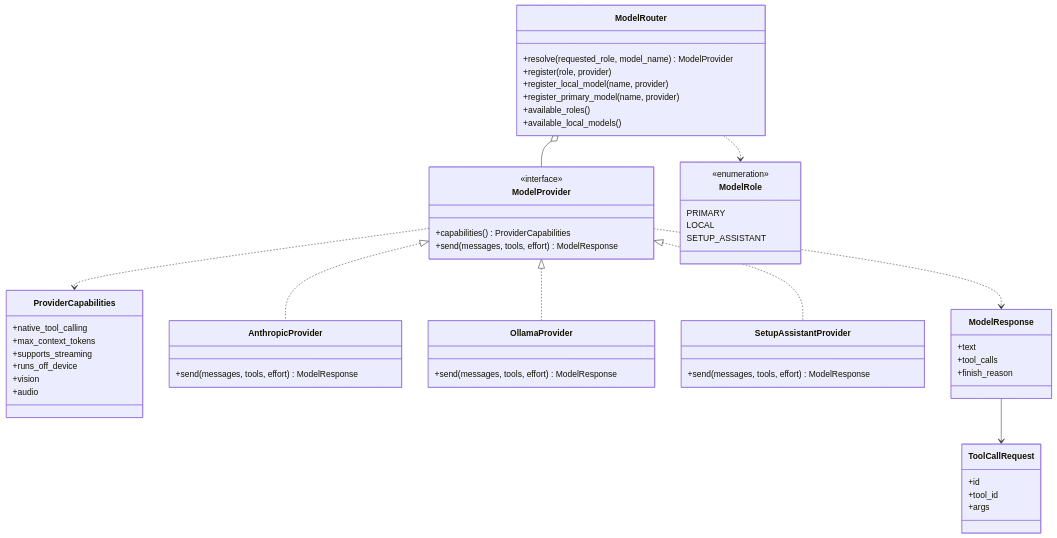
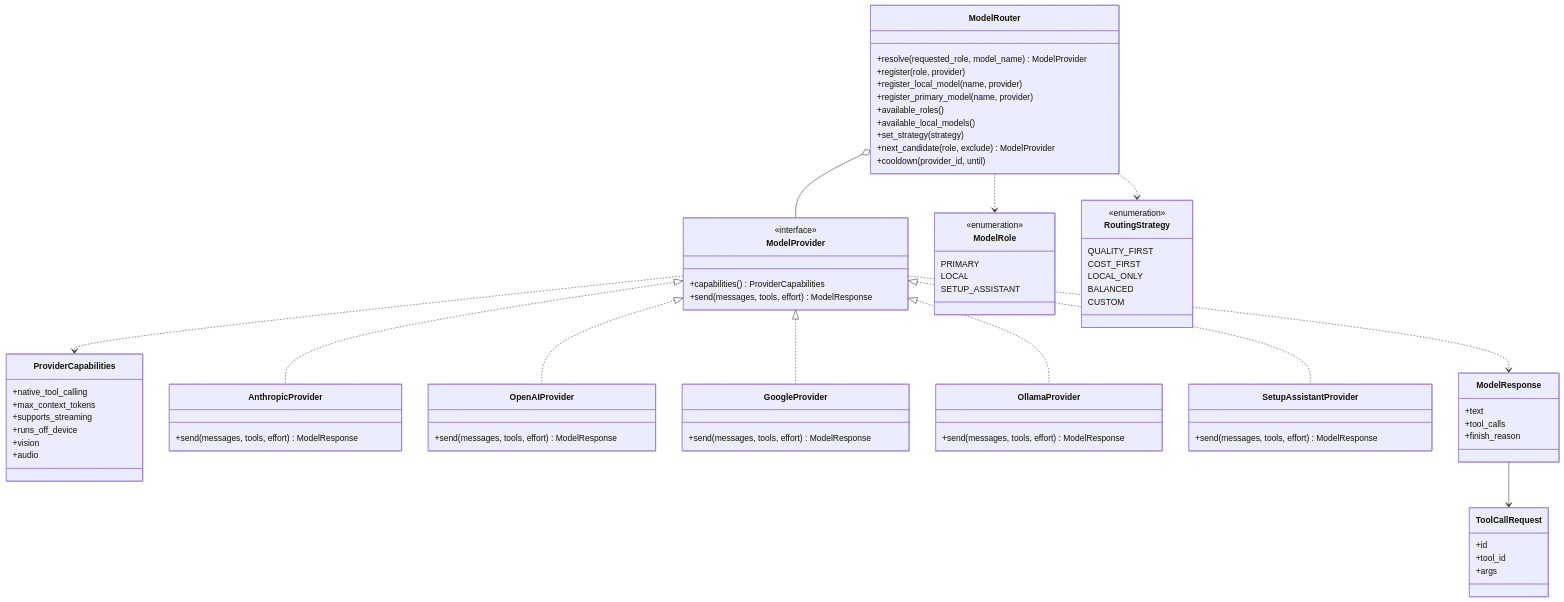
Before and after one commit to N041M/Addison: the fourth of 5 diagrams in docs/classes.md, drawn with Mermaid. The commit also changed other lines of this file and 8 other files, not shown here.

````diff
--- a/docs/classes.md
+++ b/docs/classes.md
@@ -117,58 +255,78 @@
 ```mermaid
 classDiagram
     class ModelProvider {
         <<interface>>
         +capabilities() ProviderCapabilities
         +send(messages, tools, effort) ModelResponse
     }
     class ProviderCapabilities {
         +native_tool_calling
         +max_context_tokens
         +supports_streaming
         +runs_off_device
         +vision
         +audio
     }
     class AnthropicProvider {
         +send(messages, tools, effort) ModelResponse
     }
+    class OpenAIProvider {
+        +send(messages, tools, effort) ModelResponse
+    }
+    class GoogleProvider {
+        +send(messages, tools, effort) ModelResponse
+    }
     class OllamaProvider {
         +send(messages, tools, effort) ModelResponse
     }
     class SetupAssistantProvider {
         +send(messages, tools, effort) ModelResponse
     }
     class ModelRole {
         <<enumeration>>
         PRIMARY
         LOCAL
         SETUP_ASSISTANT
     }
+    class RoutingStrategy {
+        <<enumeration>>
+        QUALITY_FIRST
+        COST_FIRST
+        LOCAL_ONLY
+        BALANCED
+        CUSTOM
+    }
     class ModelRouter {
         +resolve(requested_role, model_name) ModelProvider
         +register(role, provider)
         +register_local_model(name, provider)
         +register_primary_model(name, provider)
         +available_roles()
         +available_local_models()
+        +set_strategy(strategy)
+        +next_candidate(role, exclude) ModelProvider
+        +cooldown(provider_id, until)
     }
     class ModelResponse {
         +text
         +tool_calls
         +finish_reason
     }
     class ToolCallRequest {
         +id
         +tool_id
         +args
     }
 
     ModelProvider <|.. AnthropicProvider
+    ModelProvider <|.. OpenAIProvider
+    ModelProvider <|.. GoogleProvider
     ModelProvider <|.. OllamaProvider
     ModelProvider <|.. SetupAssistantProvider
     ModelProvider ..> ProviderCapabilities
     ModelProvider ..> ModelResponse
     ModelResponse --> ToolCallRequest
     ModelRouter o-- ModelProvider
     ModelRouter ..> ModelRole
+    ModelRouter ..> RoutingStrategy
 ```
````
